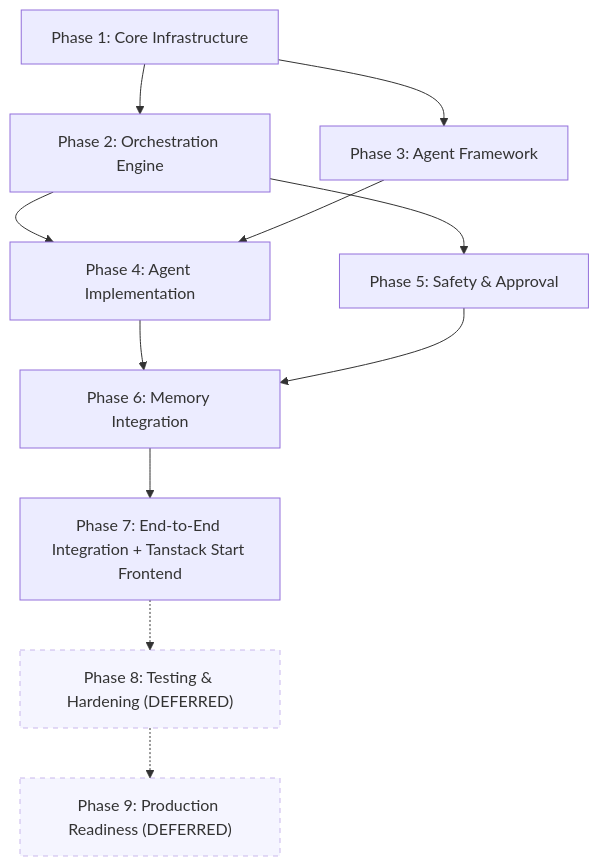
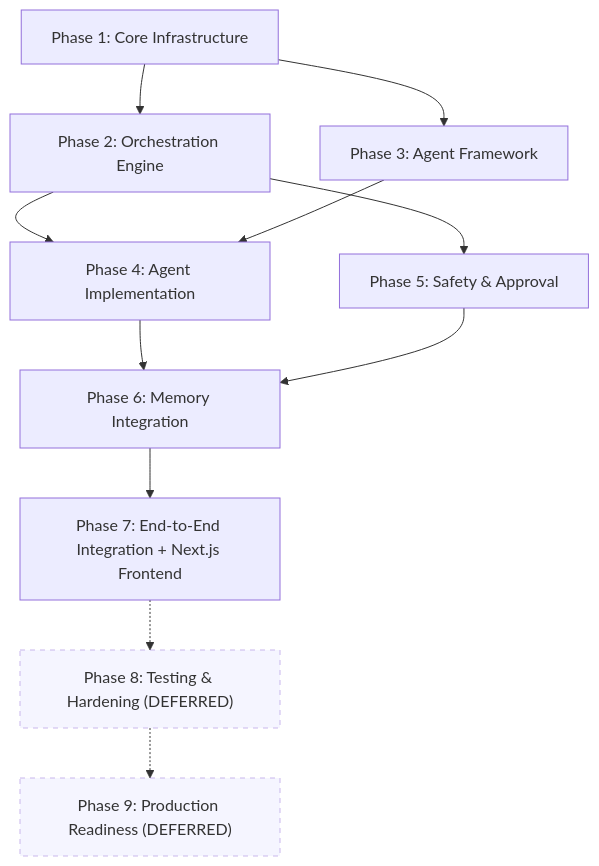
The fifth of 5 diagrams in AADAP_Master_Blueprint.md (Parth18062003/bionics), drawn with Mermaid before and after one commit. The commit also changed other lines of this file and 122 other files, not shown here.

````diff
--- a/AADAP_Master_Blueprint.md
+++ b/AADAP_Master_Blueprint.md
@@ -842,16 +842,16 @@
 ```mermaid
 graph TD
     P1["Phase 1: Core Infrastructure"] --> P2["Phase 2: Orchestration Engine"]
     P1 --> P3["Phase 3: Agent Framework"]
     P2 --> P4["Phase 4: Agent Implementation"]
     P3 --> P4
     P2 --> P5["Phase 5: Safety & Approval"]
     P4 --> P6["Phase 6: Memory Integration"]
     P5 --> P6
-    P6 --> P7["Phase 7: End-to-End Integration + Tanstack Start Frontend"]
+    P6 --> P7["Phase 7: End-to-End Integration + Next.js Frontend"]
     P7 -.-> P8["Phase 8: Testing & Hardening (DEFERRED)"]
     P8 -.-> P9["Phase 9: Production Readiness (DEFERRED)"]
 
     style P8 stroke-dasharray: 5 5, opacity: 0.5
     style P9 stroke-dasharray: 5 5, opacity: 0.5
 ```
````
